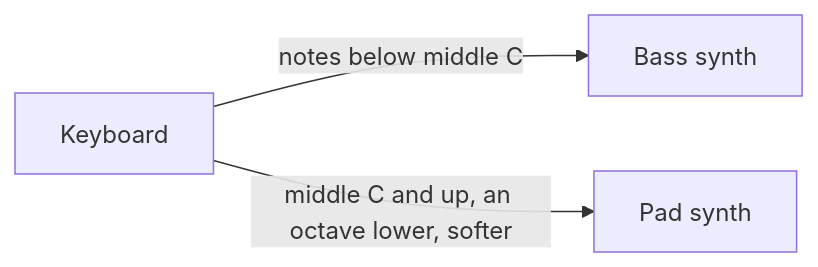
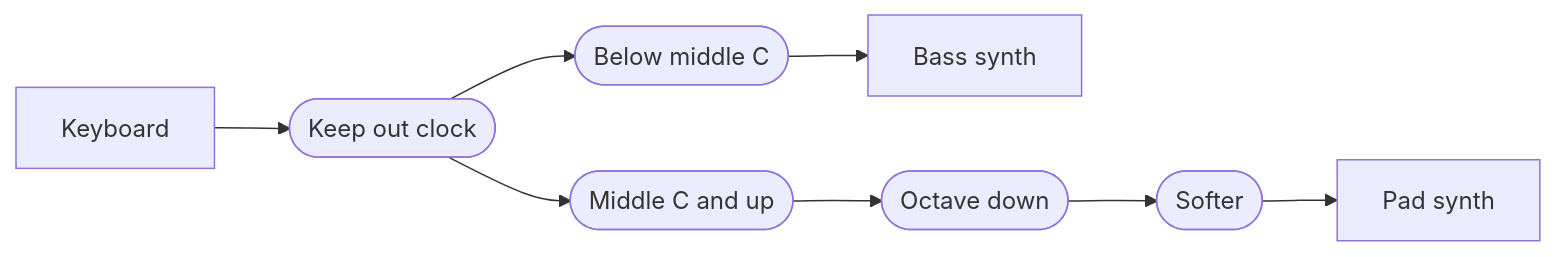
The diagram in docs/kb/midi-patchbay-patches-for-agents.md (microsoft/MIDI), drawn with Mermaid before and after one commit. The commit also changed other lines of this file and 124 other files, not shown here.

````diff
--- a/docs/kb/midi-patchbay-patches-for-agents.md
+++ b/docs/kb/midi-patchbay-patches-for-agents.md
@@ -203,5 +415,6 @@
 ```mermaid
 flowchart LR
-  keyboard[Keyboard] -- "notes below middle C" --> bass[Bass synth]
-  keyboard -- "middle C and up, an octave lower, softer" --> pad[Pad synth]
+  keyboard[Keyboard] --> noclock([Keep out clock])
+  noclock --> low([Below middle C]) --> bass[Bass synth]
+  noclock --> high([Middle C and up]) --> down([Octave down]) --> softer([Softer]) --> pad[Pad synth]
 ```
````
